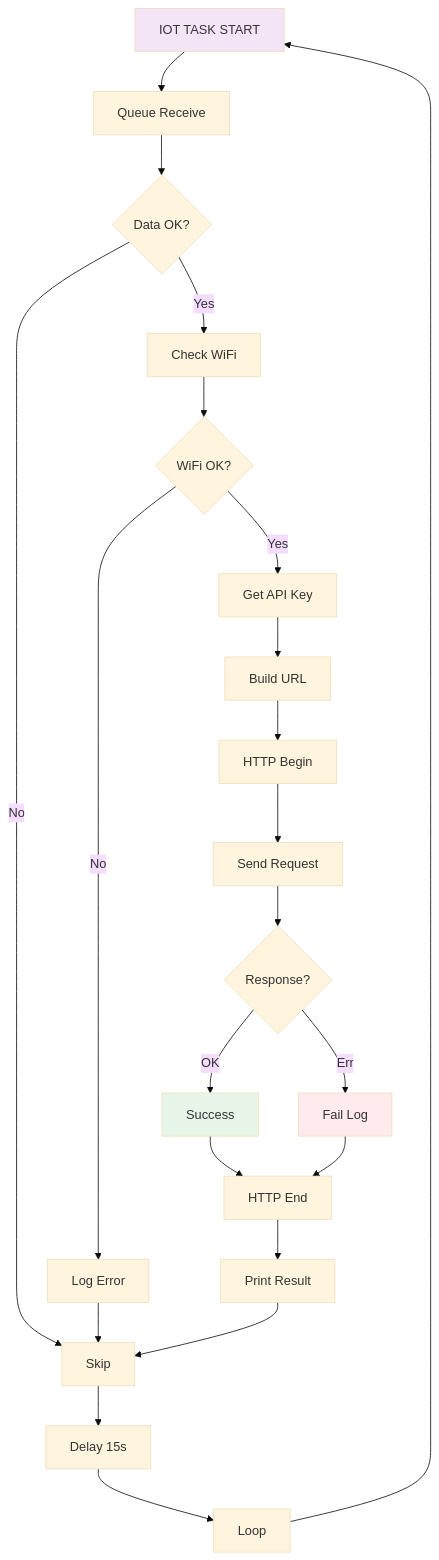
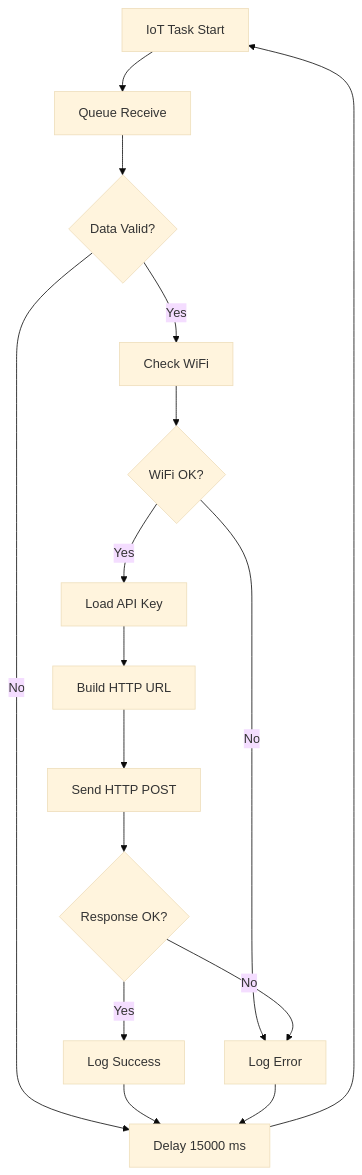
Before and after one commit to ficrammanifur/ESP32-RTOS-Environmental-Monitor: the ninth of 25 diagrams in README.md, drawn with Mermaid (base theme). The commit also changed other lines of this file, not shown here.

````diff
--- a/README.md
+++ b/README.md
@@ -441,47 +426,31 @@
 ```mermaid
 flowchart TD
-    A[IOT TASK START]
-    B[Queue Receive]
-    C{Data OK?}
-    D[Check WiFi]
-    E{WiFi OK?}
-    F[Log Error]
-    G[Get API Key]
-    H[Build URL]
-    I[HTTP Begin]
-    J[Send Request]
-    K{Response?}
-    L[Success]
-    M[Fail Log]
-    N[HTTP End]
-    O[Print Result]
-    Z[Skip]
-    P[Delay 15s]
-    Q[Loop]
-    
-    A --> B
-    B --> C
-    C -->|Yes| D
-    C -->|No| Z
-    D --> E
-    E -->|No| F
-    E -->|Yes| G
-    F --> Z
-    G --> H
-    H --> I
-    I --> J
-    J --> K
-    K -->|OK| L
-    K -->|Err| M
-    L --> N
-    M --> N
-    N --> O
-    O --> Z
-    Z --> P
-    P --> Q
-    Q --> A
-    
-    style A fill:#f3e5f5
-    style L fill:#e8f5e9
-    style M fill:#ffebee
+    START["IoT Task Start"]
+    RECEIVE["Queue Receive"]
+    DATAOK{Data Valid?}
+    WIFI["Check WiFi"]
+    WIFIOK{WiFi OK?}
+    API["Load API Key"]
+    URL["Build HTTP URL"]
+    HTTP["Send HTTP POST"]
+    RESP{Response OK?}
+    SUCCESS["Log Success"]
+    FAIL["Log Error"]
+    DELAY["Delay 15000 ms"]
+
+    START --> RECEIVE
+    RECEIVE --> DATAOK
+    DATAOK -->|No| DELAY
+    DATAOK -->|Yes| WIFI
+    WIFI --> WIFIOK
+    WIFIOK -->|No| FAIL
+    WIFIOK -->|Yes| API
+    API --> URL
+    URL --> HTTP
+    HTTP --> RESP
+    RESP -->|Yes| SUCCESS
+    RESP -->|No| FAIL
+    SUCCESS --> DELAY
+    FAIL --> DELAY
+    DELAY --> START
 ```
````
